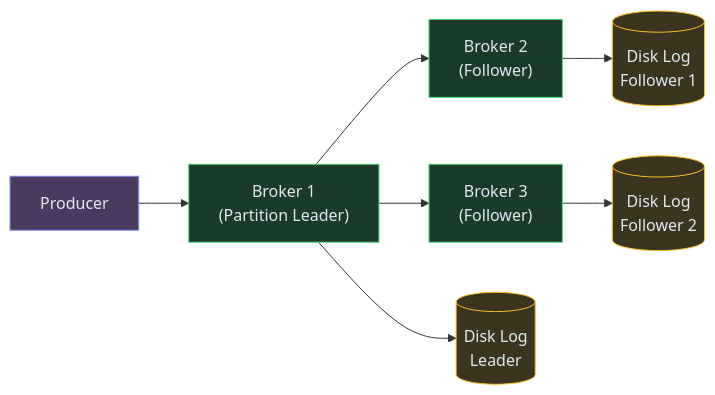
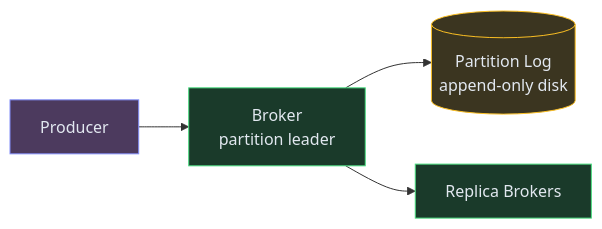
One commit to iluzn/HLD-Designs changed the second of 4 diagrams in content/hld/MessageQueue.md. Above: the diagram before and after it, drawn with Mermaid. The commit also changed other lines of this file and 8 other files, not shown here.

````diff
--- a/content/hld/MessageQueue.md
+++ b/content/hld/MessageQueue.md
@@ -165,21 +98,15 @@
 ```mermaid
 flowchart LR
     PROD["Producer"]:::client
-    LEADER["Broker 1<br/>(Partition Leader)"]:::service
-    FOLL1["Broker 2<br/>(Follower)"]:::service
-    FOLL2["Broker 3<br/>(Follower)"]:::service
-    DISK1[("Disk Log<br/>Leader")]:::data
-    DISK2[("Disk Log<br/>Follower 1")]:::data
-    DISK3[("Disk Log<br/>Follower 2")]:::data
+    BROKER["Broker<br/>partition leader"]:::service
+    LOG[("Partition Log<br/>append-only disk")]:::data
+    REPLICA["Replica Brokers"]:::service
 
-    PROD --> LEADER
-    LEADER --> DISK1
-    LEADER --> FOLL1
-    LEADER --> FOLL2
-    FOLL1 --> DISK2
-    FOLL2 --> DISK3
+    PROD --> BROKER
+    BROKER --> LOG
+    BROKER --> REPLICA
 
     classDef client fill:#4c3a5e,stroke:#818cf8,color:#e2e8f0
     classDef service fill:#1a3a2a,stroke:#4ade80,color:#e2e8f0
     classDef data fill:#3b3520,stroke:#fbbf24,color:#e2e8f0
 ```
````
